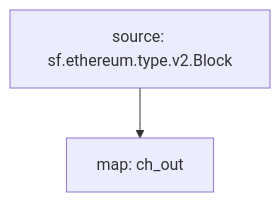
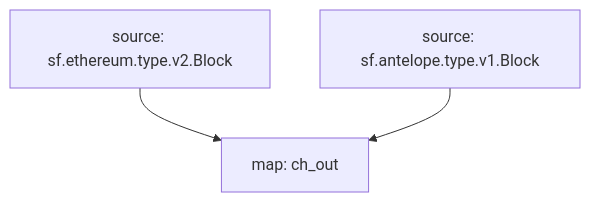
The diagram in README.md (pinax-network/substreams-raw-blocks), drawn with Mermaid before and after one commit. The commit also changed other lines of this file and 10 other files, not shown here.

````diff
--- a/README.md
+++ b/README.md
@@ -32,5 +51,6 @@
 ```mermaid
 graph TD;
   ch_out[map: ch_out];
   sf.ethereum.type.v2.Block[source: sf.ethereum.type.v2.Block] --> ch_out;
+  sf.antelope.type.v1.Block[source: sf.antelope.type.v1.Block] --> ch_out;
 ```
````
